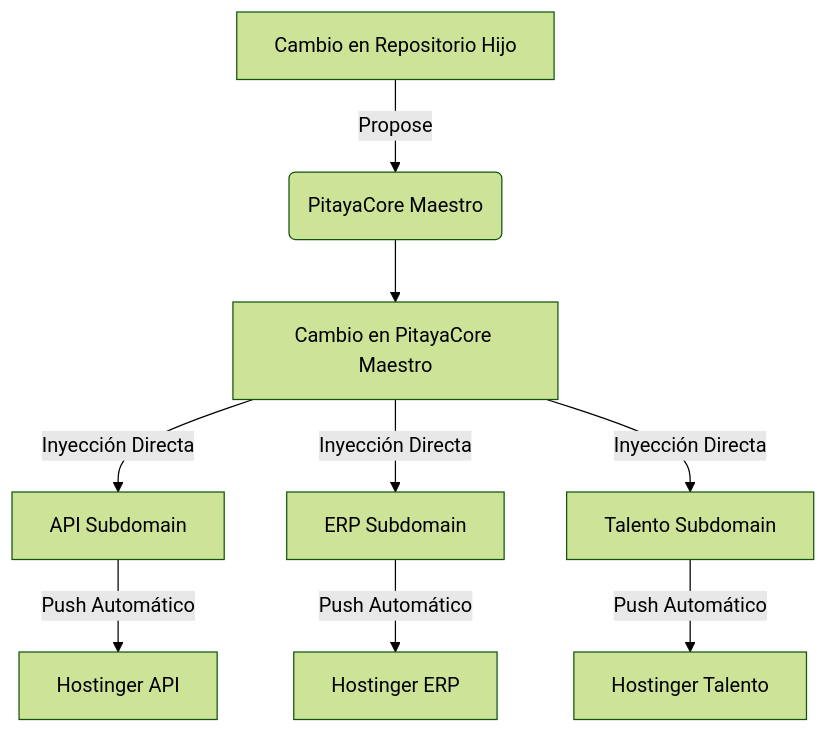
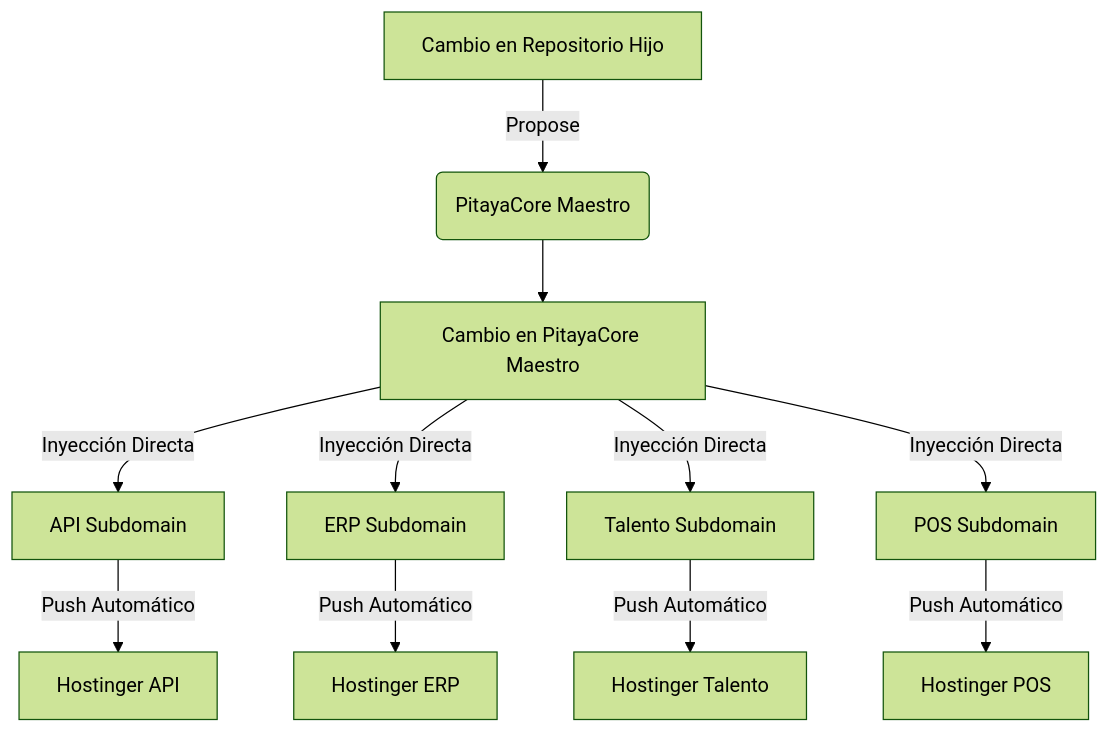
One commit to MiguelGotea/talento.batidospitaya changed the diagram in docs/architecture.md. Above: the diagram before and after it, drawn with Mermaid (forest theme). The commit also changed other lines of this file and 1 other file, not shown here.

````diff
--- a/docs/architecture.md
+++ b/docs/architecture.md
@@ -26,11 +26,13 @@
 ```mermaid
 graph TD
     A[Cambio en Repositorio Hijo] -->|Propose| B(PitayaCore Maestro)
     C[Cambio en PitayaCore Maestro] -->|Inyección Directa| D[API Subdomain]
     C -->|Inyección Directa| E[ERP Subdomain]
     C -->|Inyección Directa| F[Talento Subdomain]
+    C -->|Inyección Directa| P[POS Subdomain]
     D -->|Push Automático| G[Hostinger API]
     E -->|Push Automático| H[Hostinger ERP]
     F -->|Push Automático| I[Hostinger Talento]
+    P -->|Push Automático| J[Hostinger POS]
     B --> C
 ```
````
